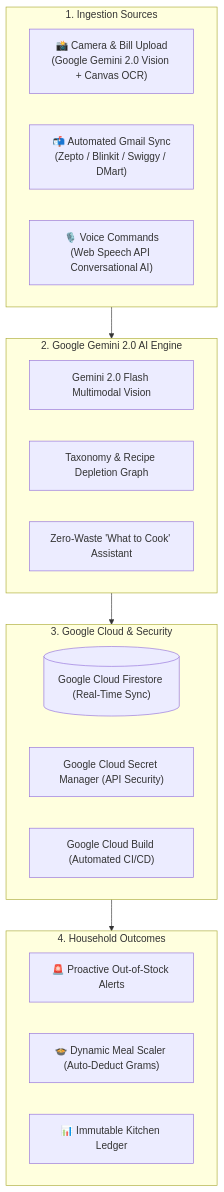
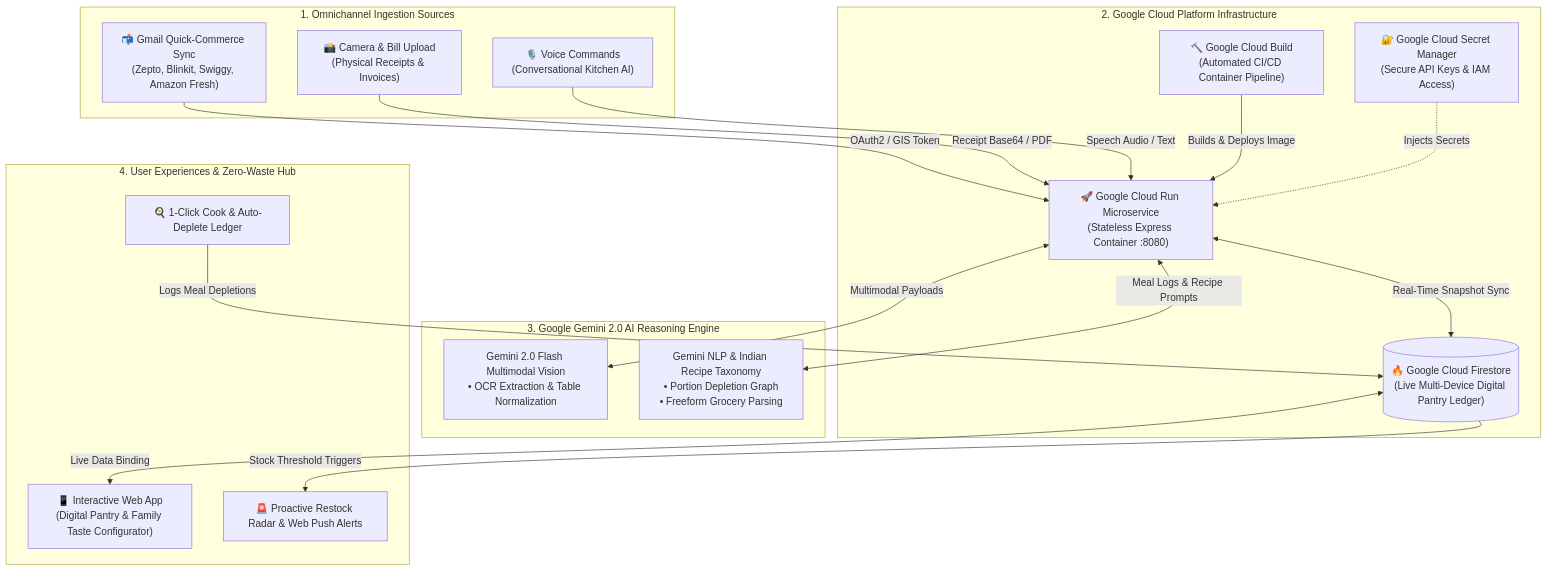
Before and after one commit to sindhuja-ramesh/dearhome: the diagram in README.md, drawn with Mermaid. The commit also changed other lines of this file, not shown here.

Commit message:
docs: update architecture, Cloud Run deployment guide, and GCP ecosystem

````diff
--- a/README.md
+++ b/README.md
@@ -35,31 +29,41 @@
 ```mermaid
 flowchart TD
-    subgraph Sources ["1. Ingestion Sources"]
-        A1["📸 Camera & Bill Upload
-(Google Gemini 2.0 Vision + Canvas OCR)"]
-        A2["📬 Automated Gmail Sync
-(Zepto / Blinkit / Swiggy / DMart)"]
-        A3["🎙️ Voice Commands
-(Web Speech API Conversational AI)"]
+    subgraph Ingestion ["1. Omnichannel Ingestion Sources"]
+        A1["📬 Gmail Quick-Commerce Sync\n(Zepto, Blinkit, Swiggy, Amazon Fresh)"]
+        A2["📸 Camera & Bill Upload\n(Physical Receipts & Invoices)"]
+        A3["🎙️ Voice Commands\n(Conversational Kitchen AI)"]
     end
 
-    subgraph AI_Core ["2. Google Gemini 2.0 AI Engine"]
-        B1["Gemini 2.0 Flash Multimodal Vision"]
-        B2["Taxonomy & Recipe Depletion Graph"]
-        B3["Zero-Waste 'What to Cook' Assistant"]
+    subgraph GCP_Core ["2. Google Cloud Platform Infrastructure"]
+        B1["🚀 Google Cloud Run Microservice\n(Stateless Express Container :8080)"]
+        B2["🔨 Google Cloud Build\n(Automated CI/CD Container Pipeline)"]
+        B3["🔐 Google Cloud Secret Manager\n(Secure API Keys & IAM Access)"]
+        B4[("🔥 Google Cloud Firestore\n(Live Multi-Device Digital Pantry Ledger)")]
     end
 
-    subgraph Cloud_Persistence ["3. Google Cloud & Security"]
-        C1[("Google Cloud Firestore (Real-Time Sync)")]
-        C2["Google Cloud Secret Manager (API Security)"]
-        C3["Google Cloud Build (Automated CI/CD)"]
+    subgraph AI_Engine ["3. Google Gemini 2.0 AI Reasoning Engine"]
+        C1["Gemini 2.0 Flash Multimodal Vision\n• OCR Extraction & Table Normalization"]
+        C2["Gemini NLP & Indian Recipe Taxonomy\n• Portion Depletion Graph\n• Freeform Grocery Parsing"]
     end
 
-    subgraph User_Action ["4. Household Outcomes"]
-        D1["🚨 Proactive Out-of-Stock Alerts"]
-        D2["🍲 Dynamic Meal Scaler (Auto-Deduct Grams)"]
-        D3["📊 Immutable Kitchen Ledger"]
+    subgraph Client_App ["4. User Experiences & Zero-Waste Hub"]
+        D1["📱 Interactive Web App\n(Digital Pantry & Family Taste Configurator)"]
+        D2["🚨 Proactive Restock Radar & Web Push Alerts"]
+        D3["🍳 1-Click Cook & Auto-Deplete Ledger"]
     end
 
-    Sources --> AI_Core --> Cloud_Persistence --> User_Action
+    A1 -->|OAuth2 / GIS Token| B1
+    A2 -->|Receipt Base64 / PDF| B1
+    A3 -->|Speech Audio / Text| B1
+
+    B1 <-->|Multimodal Payloads| C1
+    B1 <-->|Meal Logs & Recipe Prompts| C2
+
+    B1 <-->|Real-Time Snapshot Sync| B4
+    B2 -->|Builds & Deploys Image| B1
+    B3 -.->|Injects Secrets| B1
+
+    B4 <-->|Live Data Binding| D1
+    B4 -->|Stock Threshold Triggers| D2
+    D3 -->|Logs Meal Depletions| B4
 ```
````
